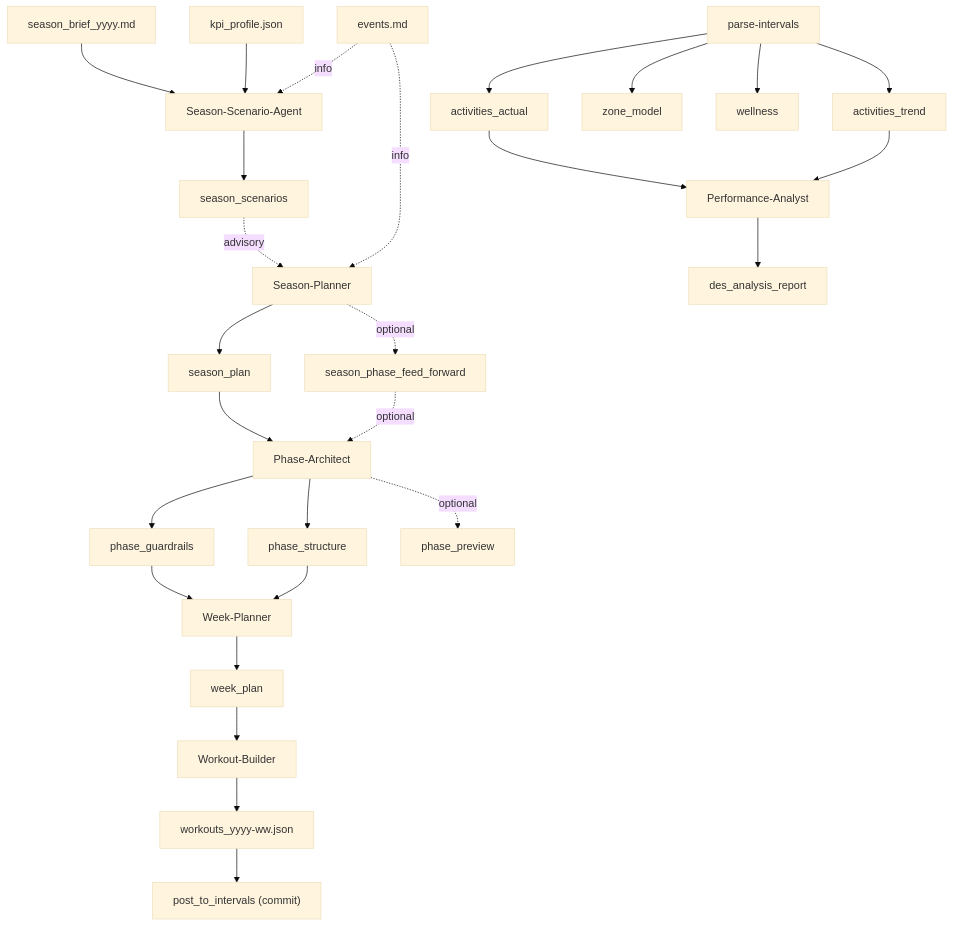
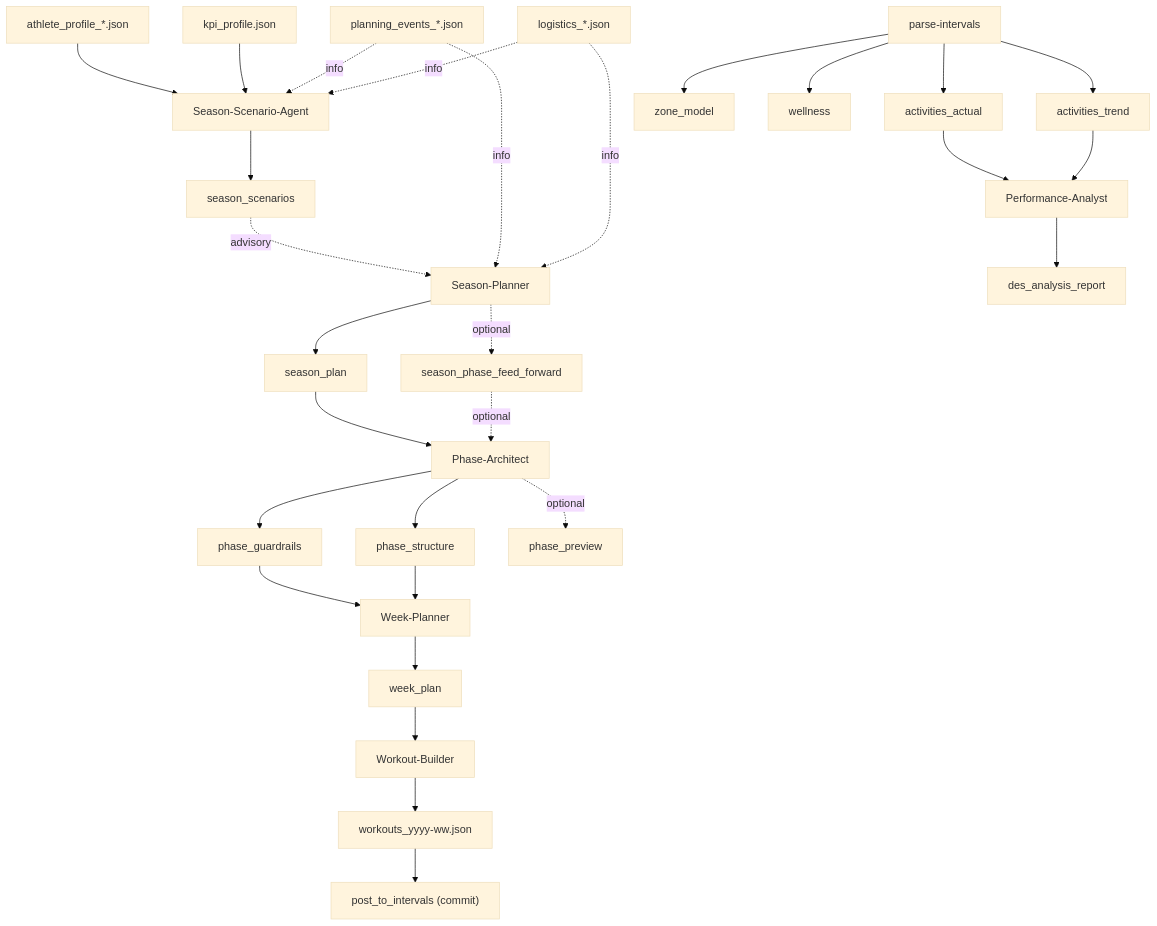
Before and after one commit to albauer-priv/RPS: the diagram in doc/overview/how_to_plan.md, drawn with Mermaid (base theme). The commit also changed other lines of this file and 78 other files, not shown here.

````diff
--- a/doc/overview/how_to_plan.md
+++ b/doc/overview/how_to_plan.md
@@ -77,33 +79,35 @@
 ```mermaid
 flowchart TD
-  SB[season_brief_yyyy.md] --> SS[Season-Scenario-Agent]
+  AP[athlete_profile_*.json] --> SS[Season-Scenario-Agent]
   KP[kpi_profile.json] --> SS
   SS --> SC[season_scenarios]
   SC -. advisory .-> SEASON[Season-Planner]
-  EV[events.md] -. info .-> SS
-  EV -. info .-> SEASON
+  PE[planning_events_*.json] -. info .-> SS
+  PE -. info .-> SEASON
+  LG[logistics_*.json] -. info .-> SS
+  LG -. info .-> SEASON
 
   SEASON --> SP[season_plan]
   SEASON -. optional .-> SPFF[season_phase_feed_forward]
 
   SP --> PHASE[Phase-Architect]
   SPFF -. optional .-> PHASE
   PHASE --> PG[phase_guardrails]
   PHASE --> PS[phase_structure]
   PHASE -. optional .-> PP[phase_preview]
 
   PG --> WEEK[Week-Planner]
   PS --> WEEK
   WEEK --> WP[week_plan]
   WP --> WB[Workout-Builder]
   WB --> WJ[workouts_yyyy-ww.json]
   WJ --> POST["post_to_intervals (commit)"]
 
   DP[parse-intervals] --> AA[activities_actual]
   DP --> AT[activities_trend]
   DP --> ZM[zone_model]
   DP --> WL[wellness]
   AA --> PA[Performance-Analyst]
   AT --> PA
   PA --> DR[des_analysis_report]
 ```
````
